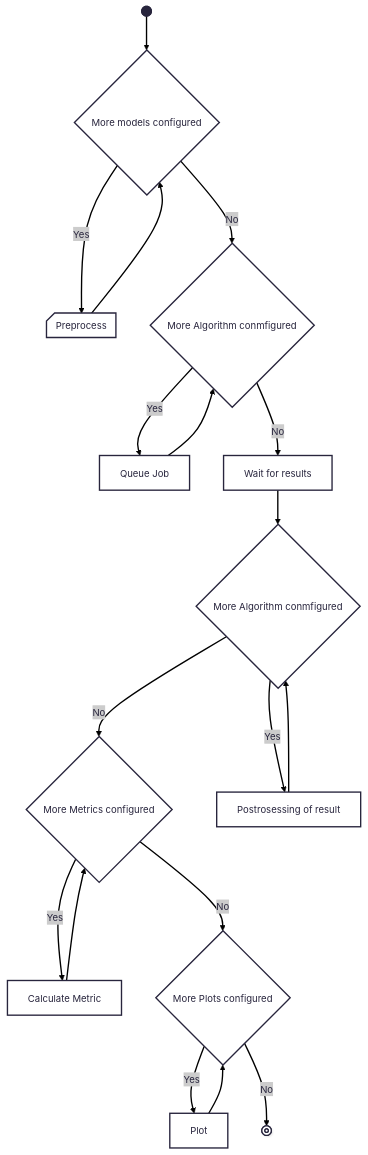
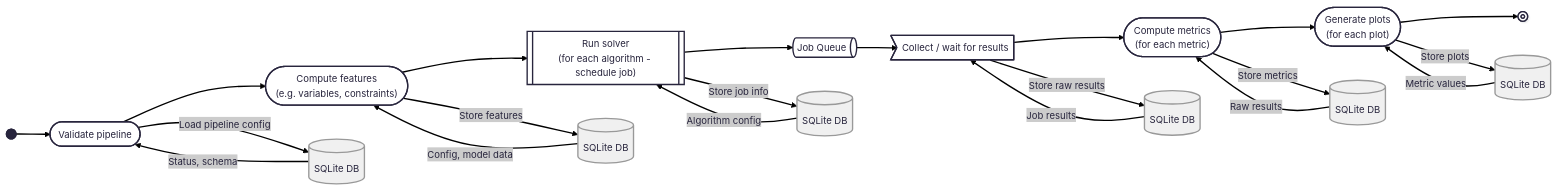
One commit to aqarios/luna-bench changed the third of 5 diagrams in docs/high-level-architecture.md. Above: the diagram before and after it, drawn with Mermaid.

Commit message:
update pipeline

````diff
--- a/docs/high-level-architecture.md
+++ b/docs/high-level-architecture.md
@@ -125,34 +125,40 @@
 ```mermaid
 ---
 config:
   theme: redux
   layout: fixed
 ---
-flowchart TD
-    n1["Filled Circle"] --> n2["More models configured <br>"]
-    n2 -- Yes <br> --> n3["Preprocess"]
-    n3 --> n2
-    n2 -- No <br> --> n4["More Algorithm conmfigured"]
-    n4 -- Yes <br> --> n5["Queue Job"]
-    n5 --> n4
-    n4 -- No <br> --> n6["Wait for results <br>"]
-    n7["More Metrics configured"] -- Yes <br> --> n8["Calculate Metric"]
-    n7 -- No <br> --> n9["More Plots configured"]
-    n8 --> n7
-    n9 -- Yes <br> --> n10["Plot"]
-    n9 -- No <br> --> n11["Untitled Node"]
-    n10 --> n9
-    n6 --> n12["More Algorithm conmfigured"]
-    n12 -- No <br> --> n7
-    n12 -- Yes <br> --> n13["Postrosessing of result"]
-    n13 --> n12
-    n1@{ shape: f-circ}
-    n2@{ shape: diam}
-    n3@{ shape: card}
-    n4@{ shape: diam}
-    n7@{ shape: diam}
-    n9@{ shape: diam}
-    n11@{ shape: fr-circ}
-    n12@{ shape: diam}
+flowchart LR
+    start["Start"] --> validate(["Validate pipeline"])
+    validate -- <br> --> features(["Compute features<br>(e.g. variables, constraints)"])
+    features -- <br> --> solvers["Run solver<br>(for each algorithm - schedule job)"]
+    solvers --> queue["Job Queue"]
+    queue --> collect>"Collect / wait for results"]
+    collect -- <br> --> metrics(["Compute metrics<br>(for each metric)"])
+    metrics -- <br> --> plots(["Generate plots<br>(for each plot)"])
+    plots --> done["Done"]
+    validate -- Load pipeline config --> db1[("SQLite DB")]
+    db1 -- Status, schema --> validate
+    features -- Store features --> db2[("SQLite DB")]
+    db2 -- Config, model data --> features
+    solvers -- Store job info --> db3[("SQLite DB")]
+    db3 -- Algorithm config --> solvers
+    collect -- Store raw results --> db4[("SQLite DB")]
+    db4 -- Job results --> collect
+    metrics -- Store metrics --> db5[("SQLite DB")]
+    db5 -- Raw results --> metrics
+    plots -- Store plots --> db6[("SQLite DB")]
+    db6 -- Metric values --> plots
+    start@{ shape: f-circ}
+    solvers@{ shape: subproc}
+    queue@{ shape: h-cyl}
+    done@{ shape: fr-circ}
+     db1:::db
+     db2:::db
+     db3:::db
+     db4:::db
+     db5:::db
+     db6:::db
+    classDef db fill:#f0f0f0,stroke:#999,stroke-width:2px
 
 ```
````
